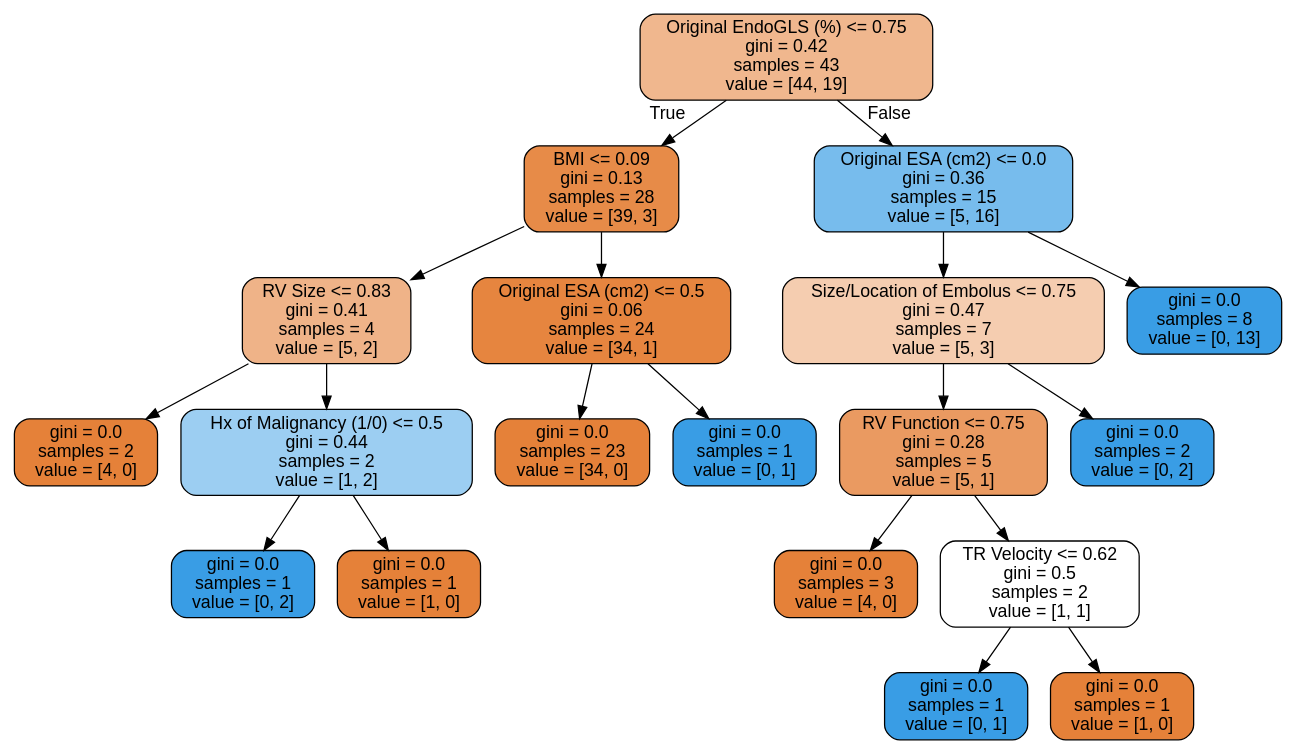
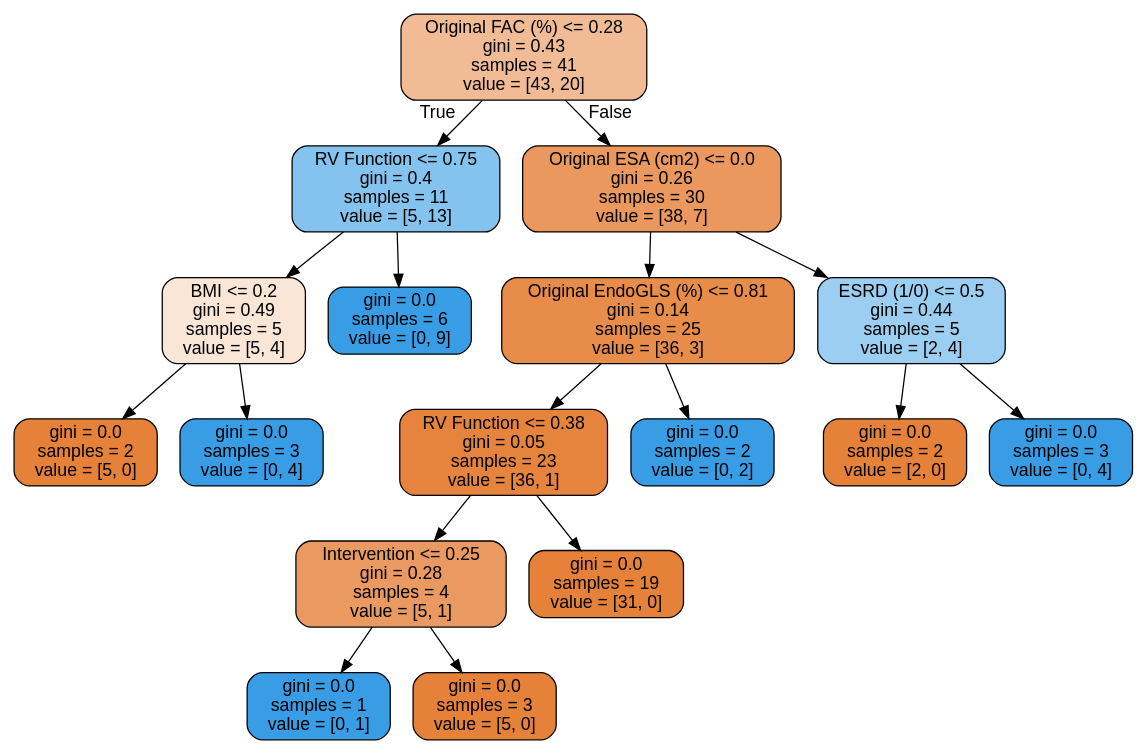
The diagram in tree.dot (nitro41992/strain-analysis-pe-immortality), drawn with Graphviz before and after one commit. The commit also changed 3 other files, not shown here.

```diff
--- a/tree.dot
+++ b/tree.dot
@@ -1,41 +1,37 @@
 digraph Tree {
 node [shape=box, style="filled, rounded", color="black", fontname=helvetica] ;
 edge [fontname=helvetica] ;
-0 [label="Original EndoGLS (%) <= 0.75\ngini = 0.42\nsamples = 43\nvalue = [44, 19]", fillcolor="#f0b78e"] ;
-1 [label="BMI <= 0.09\ngini = 0.13\nsamples = 28\nvalue = [39, 3]", fillcolor="#e78b48"] ;
+0 [label="Original FAC (%) <= 0.28\ngini = 0.43\nsamples = 41\nvalue = [43, 20]", fillcolor="#f1bc95"] ;
+1 [label="RV Function <= 0.75\ngini = 0.4\nsamples = 11\nvalue = [5, 13]", fillcolor="#85c3ef"] ;
 0 -> 1 [labeldistance=2.5, labelangle=45, headlabel="True"] ;
-2 [label="RV Size <= 0.83\ngini = 0.41\nsamples = 4\nvalue = [5, 2]", fillcolor="#efb388"] ;
+2 [label="BMI <= 0.2\ngini = 0.49\nsamples = 5\nvalue = [5, 4]", fillcolor="#fae6d7"] ;
 1 -> 2 ;
-3 [label="gini = 0.0\nsamples = 2\nvalue = [4, 0]", fillcolor="#e58139"] ;
+3 [label="gini = 0.0\nsamples = 2\nvalue = [5, 0]", fillcolor="#e58139"] ;
 2 -> 3 ;
-4 [label="Hx of Malignancy (1/0) <= 0.5\ngini = 0.44\nsamples = 2\nvalue = [1, 2]", fillcolor="#9ccef2"] ;
+4 [label="gini = 0.0\nsamples = 3\nvalue = [0, 4]", fillcolor="#399de5"] ;
 2 -> 4 ;
-5 [label="gini = 0.0\nsamples = 1\nvalue = [0, 2]", fillcolor="#399de5"] ;
-4 -> 5 ;
-6 [label="gini = 0.0\nsamples = 1\nvalue = [1, 0]", fillcolor="#e58139"] ;
-4 -> 6 ;
-7 [label="Original ESA (cm2) <= 0.5\ngini = 0.06\nsamples = 24\nvalue = [34, 1]", fillcolor="#e6853f"] ;
-1 -> 7 ;
-8 [label="gini = 0.0\nsamples = 23\nvalue = [34, 0]", fillcolor="#e58139"] ;
+5 [label="gini = 0.0\nsamples = 6\nvalue = [0, 9]", fillcolor="#399de5"] ;
+1 -> 5 ;
+6 [label="Original ESA (cm2) <= 0.0\ngini = 0.26\nsamples = 30\nvalue = [38, 7]", fillcolor="#ea985d"] ;
+0 -> 6 [labeldistance=2.5, labelangle=-45, headlabel="False"] ;
+7 [label="Original EndoGLS (%) <= 0.81\ngini = 0.14\nsamples = 25\nvalue = [36, 3]", fillcolor="#e78c49"] ;
+6 -> 7 ;
+8 [label="RV Function <= 0.38\ngini = 0.05\nsamples = 23\nvalue = [36, 1]", fillcolor="#e6843e"] ;
 7 -> 8 ;
-9 [label="gini = 0.0\nsamples = 1\nvalue = [0, 1]", fillcolor="#399de5"] ;
-7 -> 9 ;
-10 [label="Original ESA (cm2) <= 0.0\ngini = 0.36\nsamples = 15\nvalue = [5, 16]", fillcolor="#77bced"] ;
-0 -> 10 [labeldistance=2.5, labelangle=-45, headlabel="False"] ;
-11 [label="Size/Location of Embolus <= 0.75\ngini = 0.47\nsamples = 7\nvalue = [5, 3]", fillcolor="#f5cdb0"] ;
-10 -> 11 ;
-12 [label="RV Function <= 0.75\ngini = 0.28\nsamples = 5\nvalue = [5, 1]", fillcolor="#ea9a61"] ;
-11 -> 12 ;
-13 [label="gini = 0.0\nsamples = 3\nvalue = [4, 0]", fillcolor="#e58139"] ;
-12 -> 13 ;
-14 [label="TR Velocity <= 0.62\ngini = 0.5\nsamples = 2\nvalue = [1, 1]", fillcolor="#ffffff"] ;
-12 -> 14 ;
-15 [label="gini = 0.0\nsamples = 1\nvalue = [0, 1]", fillcolor="#399de5"] ;
+9 [label="Intervention <= 0.25\ngini = 0.28\nsamples = 4\nvalue = [5, 1]", fillcolor="#ea9a61"] ;
+8 -> 9 ;
+10 [label="gini = 0.0\nsamples = 1\nvalue = [0, 1]", fillcolor="#399de5"] ;
+9 -> 10 ;
+11 [label="gini = 0.0\nsamples = 3\nvalue = [5, 0]", fillcolor="#e58139"] ;
+9 -> 11 ;
+12 [label="gini = 0.0\nsamples = 19\nvalue = [31, 0]", fillcolor="#e58139"] ;
+8 -> 12 ;
+13 [label="gini = 0.0\nsamples = 2\nvalue = [0, 2]", fillcolor="#399de5"] ;
+7 -> 13 ;
+14 [label="ESRD (1/0) <= 0.5\ngini = 0.44\nsamples = 5\nvalue = [2, 4]", fillcolor="#9ccef2"] ;
+6 -> 14 ;
+15 [label="gini = 0.0\nsamples = 2\nvalue = [2, 0]", fillcolor="#e58139"] ;
 14 -> 15 ;
-16 [label="gini = 0.0\nsamples = 1\nvalue = [1, 0]", fillcolor="#e58139"] ;
+16 [label="gini = 0.0\nsamples = 3\nvalue = [0, 4]", fillcolor="#399de5"] ;
 14 -> 16 ;
-17 [label="gini = 0.0\nsamples = 2\nvalue = [0, 2]", fillcolor="#399de5"] ;
-11 -> 17 ;
-18 [label="gini = 0.0\nsamples = 8\nvalue = [0, 13]", fillcolor="#399de5"] ;
-10 -> 18 ;
 }
```
